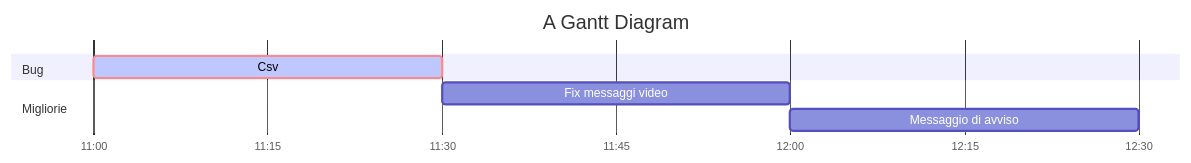
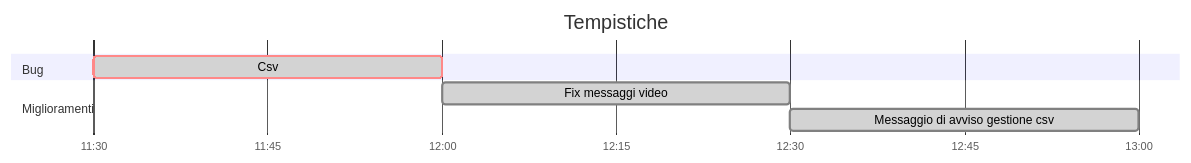
The diagram in MieiProgetti/TracciaAlimentiFrigorifero/BETA-TEST.md (simuss85/esercitazioni-dotnet-2024), drawn with Mermaid before and after one commit. The commit also changed other lines of this file, not shown here.

````diff
--- a/MieiProgetti/TracciaAlimentiFrigorifero/BETA-TEST.md
+++ b/MieiProgetti/TracciaAlimentiFrigorifero/BETA-TEST.md
@@ -58,12 +58,12 @@
 ```mermaid
 gantt
-    title A Gantt Diagram
+    title Tempistiche
     dateFormat  HH:mm
     axisFormat %H:%M
     section Bug
-    Csv       :crit, active, a1, 11:00 , 30m
-    section Migliorie
-    Fix messaggi video      :a2, after a1, 30m
-    Messaggio di avviso       :after a2, 30m
+    Csv       :crit, done, a1, 11:30 , 30m
+    section Miglioramenti
+    Fix messaggi video      :done, a2, after a1, 30m
+    Messaggio di avviso gestione csv       :done, after a2, 30m
 
 ```
````
